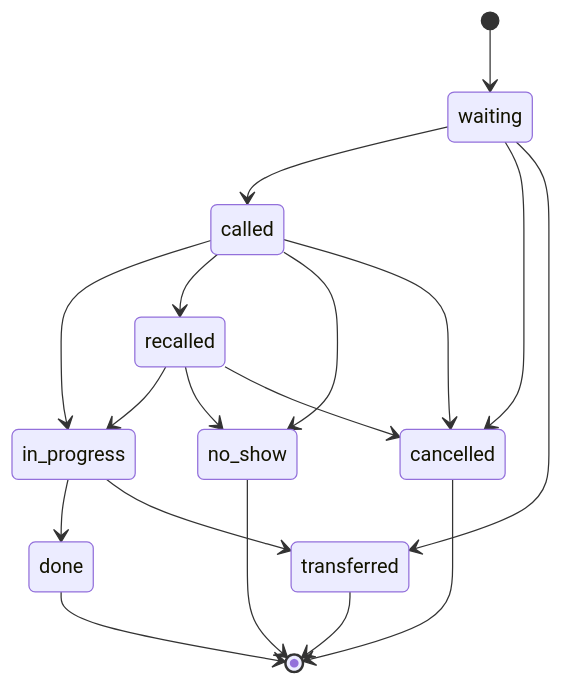
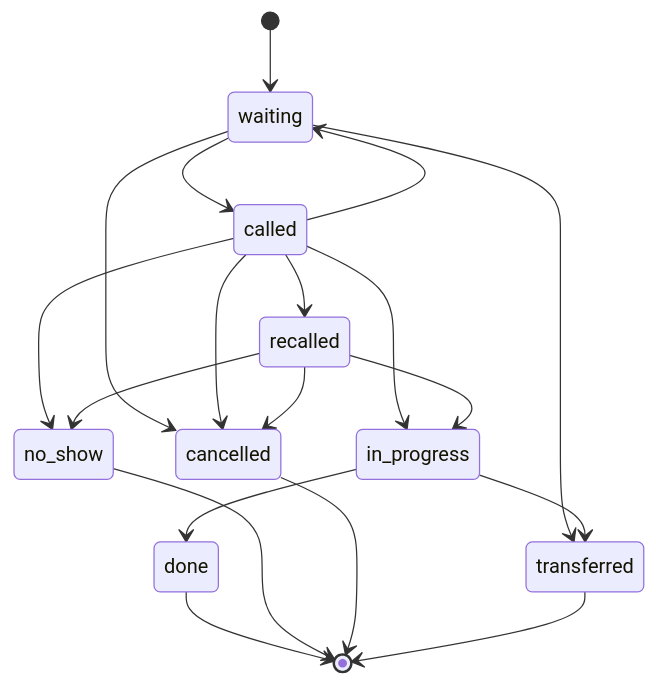
The fourth of 4 diagrams in docs/PRODUCT/03-booking-and-queue.md (Billykat7/clinicQ), drawn with Mermaid before and after one commit. The commit also changed other lines of this file and 37 other files, not shown here.

````diff
--- a/docs/PRODUCT/03-booking-and-queue.md
+++ b/docs/PRODUCT/03-booking-and-queue.md
@@ -103,20 +105,21 @@
 ```mermaid
 stateDiagram-v2
     [*] --> waiting
     waiting --> called
     waiting --> cancelled
     waiting --> transferred
+    called --> waiting
     called --> in_progress
     called --> recalled
     called --> no_show
     called --> cancelled
     recalled --> in_progress
     recalled --> no_show
     recalled --> cancelled
     in_progress --> done
     in_progress --> transferred
     done --> [*]
     no_show --> [*]
     cancelled --> [*]
     transferred --> [*]
 ```
````
